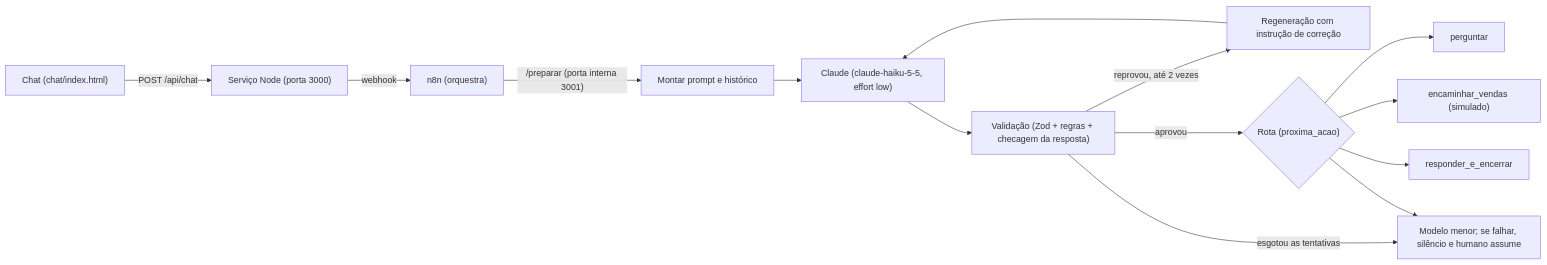
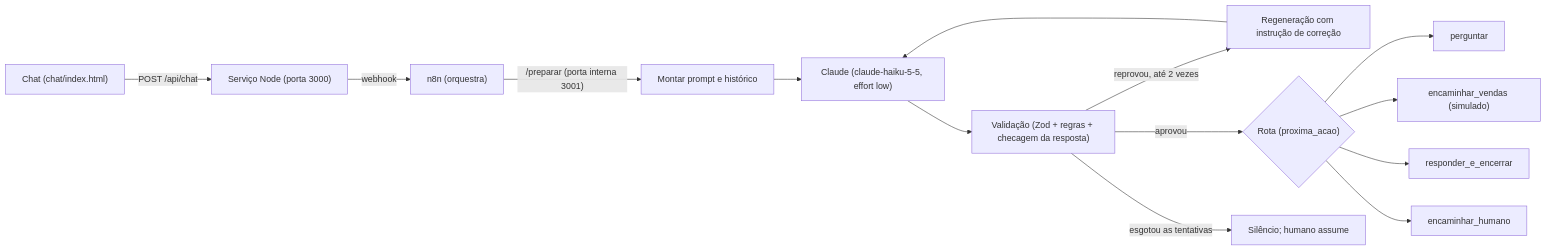
One commit to gomesbeduardo/leadgate changed the diagram in README.md. Above: the diagram before and after it, drawn with Mermaid. The commit also changed other lines of this file, not shown here.

Commit message:
docs(readme): tira o modelo menor do diagrama e da regeneracao

````diff
--- a/README.md
+++ b/README.md
@@ -45,16 +45,16 @@
 ```mermaid
 flowchart LR
     chat["Chat (chat/index.html)"] -->|POST /api/chat| servico["Serviço Node (porta 3000)"]
     servico -->|webhook| n8n["n8n (orquestra)"]
     n8n -->|"/preparar (porta interna 3001)"| prep["Montar prompt e histórico"]
     prep --> claude["Claude (claude-haiku-5-5, effort low)"]
     claude --> valid["Validação (Zod + regras + checagem da resposta)"]
     valid -->|"reprovou, até 2 vezes"| regen["Regeneração com instrução de correção"]
     regen --> claude
     valid -->|aprovou| rota{"Rota (proxima_acao)"}
-    valid -->|"esgotou as tentativas"| humano["Modelo menor; se falhar, silêncio e humano assume"]
+    valid -->|"esgotou as tentativas"| silencio["Silêncio; humano assume"]
     rota --> perguntar["perguntar"]
     rota --> vendas["encaminhar_vendas (simulado)"]
     rota --> encerrar["responder_e_encerrar"]
-    rota --> humano
+    rota --> humano["encaminhar_humano"]
 ```
````
